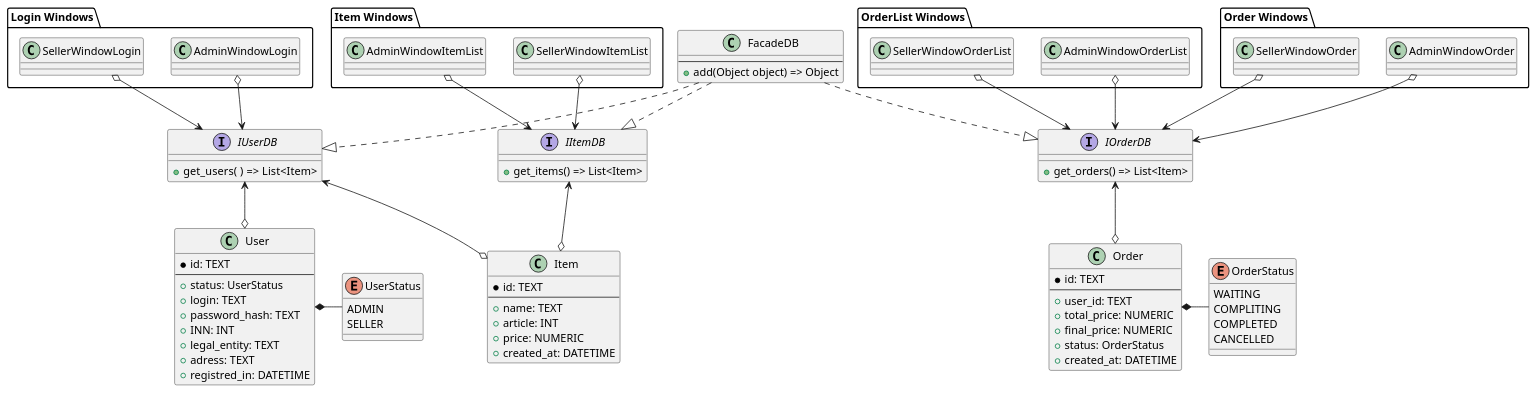
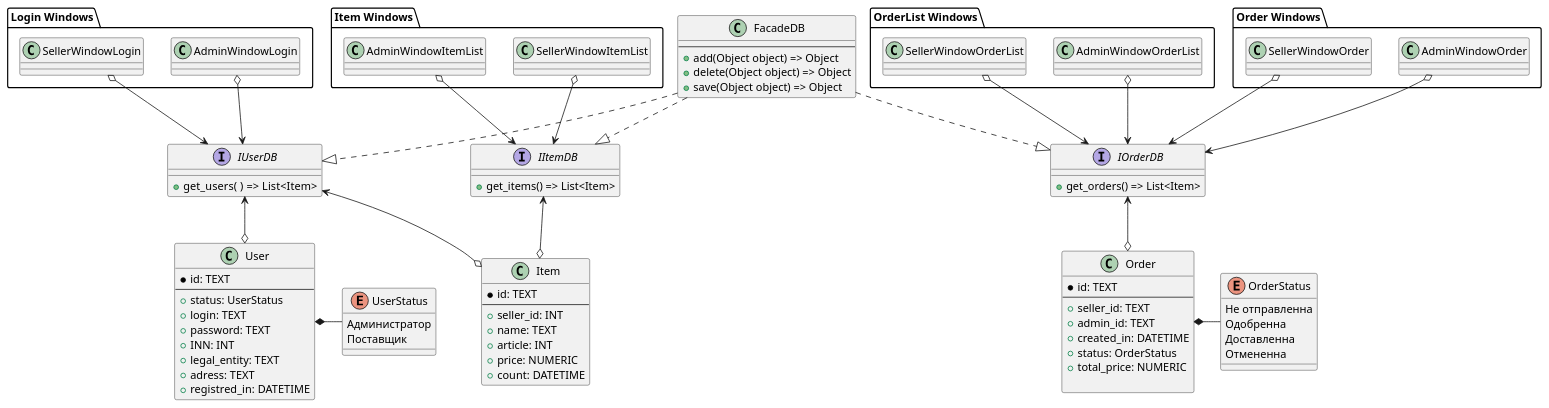
One commit to BombasticFantastik/PIS_Course_work changed the diagram in uml-диаграммы/Диаграмма классов/Диаграмма_классов_better.puml. Above: the diagram before and after it, drawn with PlantUML. The commit also changed 12 other files, not shown here.

```diff
--- a/uml-диаграммы/Диаграмма классов/Диаграмма_классов_better.puml
+++ b/uml-диаграммы/Диаграмма классов/Диаграмма_классов_better.puml
@@ -1,112 +1,110 @@
 @startuml Диаграмма классов
  
 class FacadeDB{
   --
   + add(Object object) => Object
+  + delete(Object object) => Object
+  + save(Object object) => Object
 }
  
 interface IUserDB {
   + get_users(  ) => List<Item>
 
 }
  
 interface IItemDB {
   
   + get_items() => List<Item>
 }
  
 interface IOrderDB {
 
   + get_orders() => List<Item>
 
 }
  
 FacadeDB ..|> IUserDB
 FacadeDB ..|> IItemDB
 FacadeDB ..|> IOrderDB
  
 IUserDB <--o User
 
 IUserDB <--o Item
 IItemDB <--o Item
 IOrderDB <--o Order
  
 
 
 
 class User {
   * id: TEXT
   --
   + status: UserStatus
   + login: TEXT
-  + password_hash: TEXT
+  + password: TEXT
   + INN: INT
   + legal_entity: TEXT
   + adress: TEXT
   + registred_in: DATETIME
 }
 
 enum UserStatus {
-  ADMIN
-  SELLER
+  Администратор
+  Поставщик
 }
  
 User *- UserStatus
- 
- 
 
- 
 class Item {
   * id: TEXT
   --
+  + seller_id: INT
   + name: TEXT
   + article: INT
   + price: NUMERIC
-  + created_at: DATETIME
+  + count: DATETIME
 }
  
 class Order {
   * id: TEXT
   --
-  + user_id: TEXT
+  + seller_id: TEXT
+  + admin_id: TEXT
+  + created_in: DATETIME
+  + status: OrderStatus
   + total_price: NUMERIC
-  + final_price: NUMERIC
-  + status: OrderStatus
-  + created_at: DATETIME
+  
 }
  
 enum OrderStatus {
-  WAITING
-  COMPLITING
-  COMPLETED
-  CANCELLED
+  Не отправленна
+  Одобренна
+  Доставленна
+  Отмененна
 }
  
-Order *- OrderStatus
- 
-' WINDOWS
- 
+Order *- OrderStatus 
 package "Item Windows" {
 SellerWindowItemList o--> IItemDB
 AdminWindowItemList o--> IItemDB
 }
 package "Order Windows" {
 AdminWindowOrder o--> IOrderDB
 SellerWindowOrder o--> IOrderDB
 }
 
 package "Login Windows" {
 AdminWindowLogin o--> IUserDB
 SellerWindowLogin o--> IUserDB
 }
 
 
 
 package "OrderList Windows" {
 AdminWindowOrderList o--> IOrderDB
 SellerWindowOrderList o--> IOrderDB
 }
 
 
  
 @enduml
```
